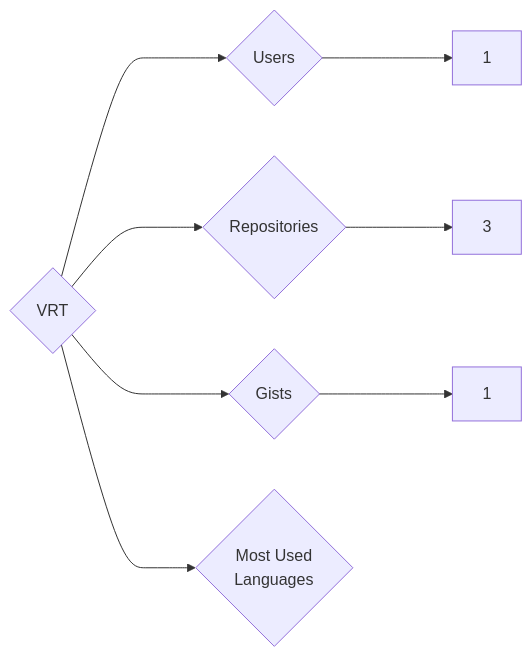
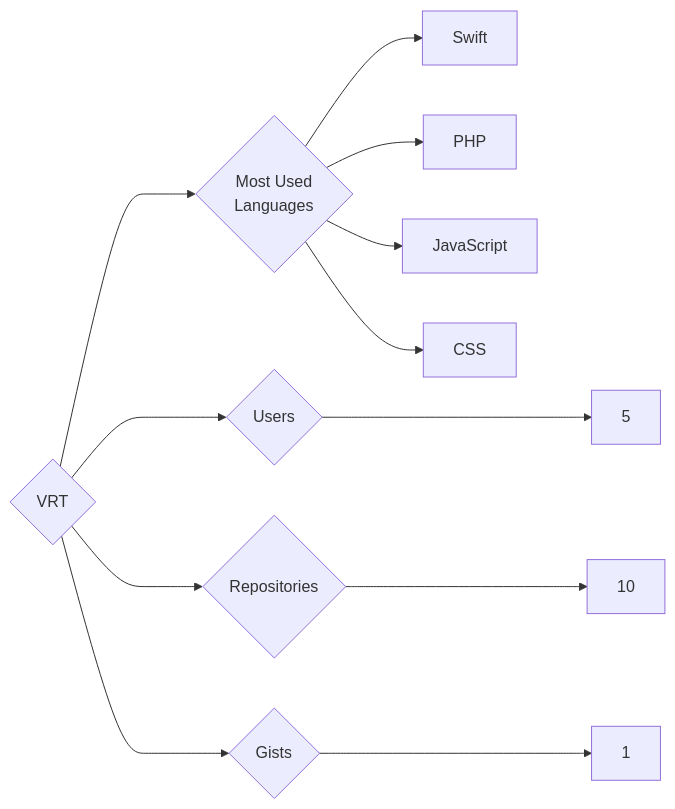
One commit to trickest/insiders changed the diagram in targets/VRT/README.md. Above: the diagram before and after it, drawn with Mermaid. The commit also changed 1696 other files, not shown here.

````diff
--- a/targets/VRT/README.md
+++ b/targets/VRT/README.md
@@ -3,8 +3,12 @@
 ```mermaid
 graph LR
 COMPANY_NAME{VRT}
-COMPANY_NAME ---> U{Users} ---> UN[1]
-COMPANY_NAME ---> R{Repositories} ---> RN[3]
+COMPANY_NAME ---> U{Users} ---> UN[5]
+COMPANY_NAME ---> R{Repositories} ---> RN[10]
 COMPANY_NAME ---> G{Gists} ---> GN[1]
 COMPANY_NAME ---> ML{Most Used<br>Languages}
+ML --> Swift[Swift]
+ML --> PHP[PHP]
+ML --> JavaScript[JavaScript]
+ML --> CSS[CSS]
 ```
````
